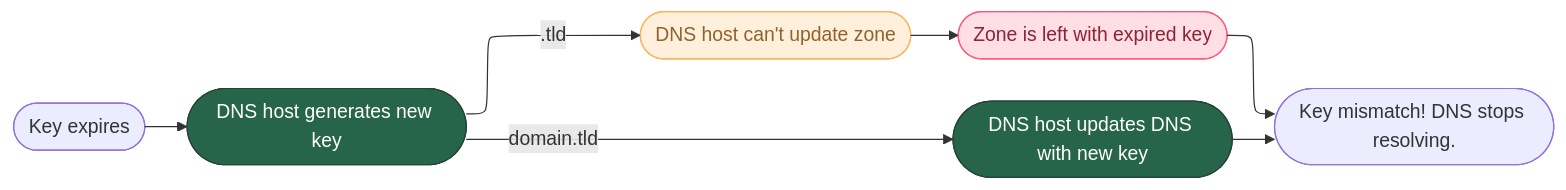
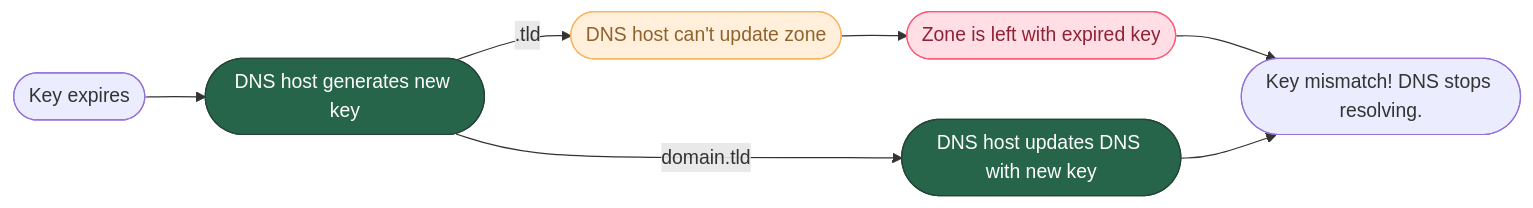
The fourth of 4 diagrams in DNSSEC.md (tecapps/presentations), drawn with Mermaid before and after one commit. The commit also changed other lines of this file, not shown here.

First line of the commit message:
📝 (DNSSEC.md): simplify Mermaid diagram syntax and formatting

````diff
--- a/DNSSEC.md
+++ b/DNSSEC.md
@@ -112,22 +98,17 @@
 ```mermaid
----
-config:
-  layout: elk
----
 flowchart LR
     KE(["Key expires"]) --> RG(["DNS host generates new key"])
-    RG -- ".tld" --> RZ@{ label: "DNS host can't update zone" }
+    RG -- ".tld" --> RZ(["DNS host can't update zone"])
     RZ --> EX(["Zone is left with expired key"])
     RG -- "domain.tld" --> DH(["DNS host updates DNS with new key"])
     EX --> YAY(["Key mismatch! DNS stops resolving."])
     DH --> YAY
 
-    RZ@{ shape: stadium}
      RG:::Pine
      RZ:::Peach
      EX:::Rose
      DH:::Pine
     classDef Pine stroke-width:1px, stroke-dasharray:none, stroke:#254336, fill:#27654A, color:#FFFFFF
     classDef Rose stroke-width:1px, stroke-dasharray:none, stroke:#FF5978, fill:#FFDFE5, color:#8E2236
     classDef Peach stroke-width:1px, stroke-dasharray:none, stroke:#FBB35A, fill:#FFEFDB, color:#8F632D
 ```
````
